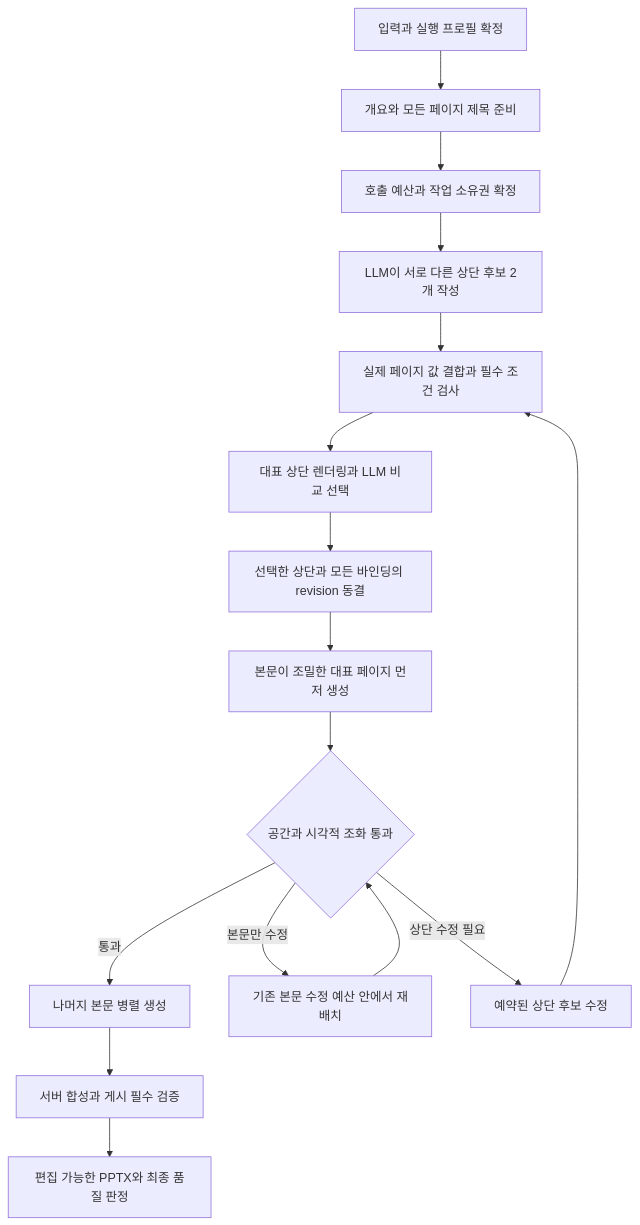
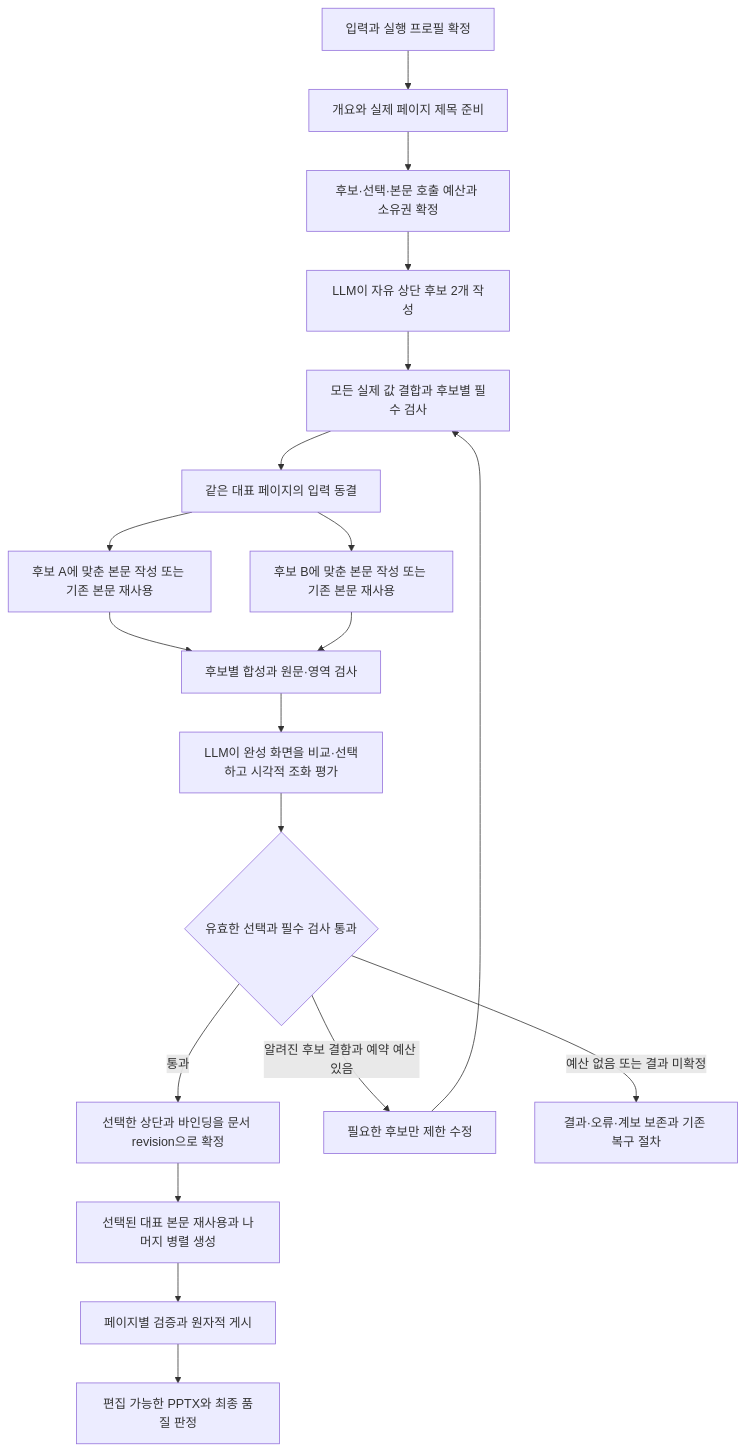
The diagram in docs/ppt-llm-header-design-20261015.md (xorrbss/ppt-agent), drawn with Mermaid before and after one commit. The commit also changed other lines of this file and 95 other files, not shown here.

````diff
--- a/docs/ppt-llm-header-design-20261015.md
+++ b/docs/ppt-llm-header-design-20261015.md
@@ -40,18 +41,21 @@
 ```mermaid
 flowchart TD
-    A[입력과 실행 프로필 확정] --> B[개요와 모든 페이지 제목 준비]
-    B --> C[호출 예산과 작업 소유권 확정]
-    C --> D[LLM이 서로 다른 상단 후보 2개 작성]
-    D --> E[실제 페이지 값 결합과 필수 조건 검사]
-    E --> F[대표 상단 렌더링과 LLM 비교 선택]
-    F --> G[선택한 상단과 모든 바인딩의 revision 동결]
-    G --> H[본문이 조밀한 대표 페이지 먼저 생성]
-    H --> I{공간과 시각적 조화 통과}
-    I -->|통과| J[나머지 본문 병렬 생성]
-    I -->|본문만 수정| K[기존 본문 수정 예산 안에서 재배치]
-    K --> I
-    I -->|상단 수정 필요| L[예약된 상단 후보 수정]
-    L --> E
-    J --> M[서버 합성과 게시 필수 검증]
-    M --> N[편집 가능한 PPTX와 최종 품질 판정]
+    A[입력과 실행 프로필 확정] --> B[개요와 실제 페이지 제목 준비]
+    B --> C[후보·선택·본문 호출 예산과 소유권 확정]
+    C --> D[LLM이 자유 상단 후보 2개 작성]
+    D --> E[모든 실제 값 결합과 후보별 필수 검사]
+    E --> F[같은 대표 페이지의 입력 동결]
+    F --> G1[후보 A에 맞춘 본문 작성 또는 기존 본문 재사용]
+    F --> G2[후보 B에 맞춘 본문 작성 또는 기존 본문 재사용]
+    G1 --> H[후보별 합성과 원문·영역 검사]
+    G2 --> H
+    H --> I[LLM이 완성 화면을 비교·선택하고 시각적 조화 평가]
+    I --> J{유효한 선택과 필수 검사 통과}
+    J -->|통과| K[선택한 상단과 바인딩을 문서 revision으로 확정]
+    K --> L[선택된 대표 본문 재사용과 나머지 병렬 생성]
+    J -->|알려진 후보 결함과 예약 예산 있음| M[필요한 후보만 제한 수정]
+    M --> E
+    J -->|예산 없음 또는 결과 미확정| N[결과·오류·계보 보존과 기존 복구 절차]
+    L --> O[페이지별 검증과 원자적 게시]
+    O --> P[편집 가능한 PPTX와 최종 품질 판정]
 ```
````
